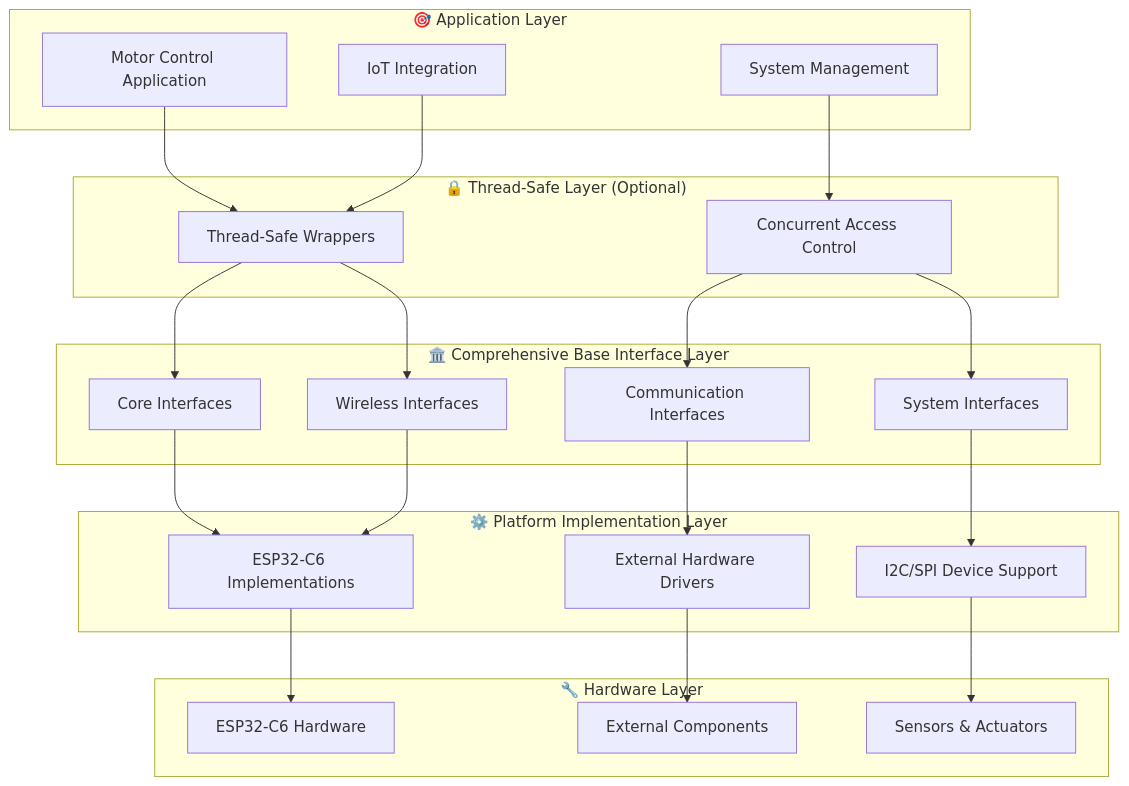
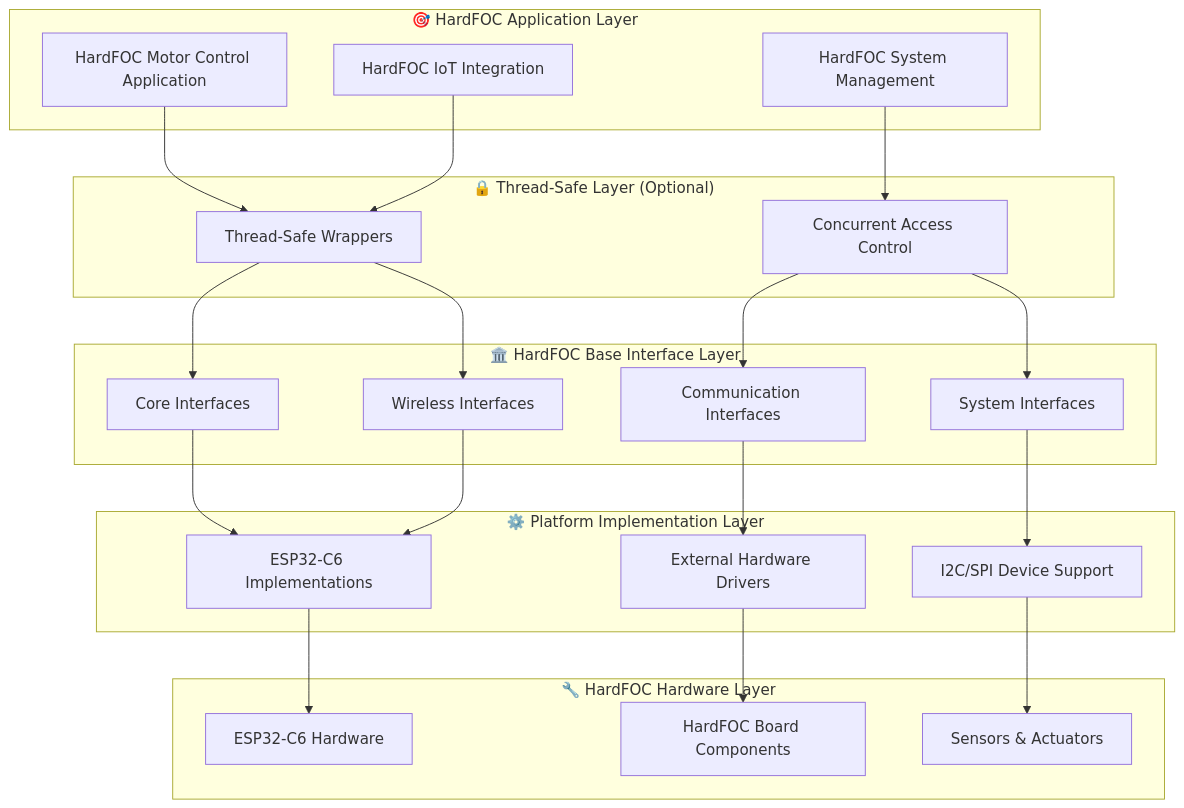
One commit to N3b3x/hf-internal-interface-wrap changed the diagram in README.md. Above: the diagram before and after it, drawn with Mermaid. The commit also changed other lines of this file and 1 other file, not shown here.

Commit message:
Update README and docs to focus on HardFOC motor controller board specifics

````diff
--- a/README.md
+++ b/README.md
@@ -52,50 +52,50 @@
 ```mermaid
 graph TB
-    subgraph "🎯 Application Layer"
-        A[Motor Control Application]
-        B[System Management]
-        C[IoT Integration]
+    subgraph "🎯 HardFOC Application Layer"
+        A[HardFOC Motor Control Application]
+        B[HardFOC System Management]
+        C[HardFOC IoT Integration]
     end
     
     subgraph "🔒 Thread-Safe Layer (Optional)"
         D[Thread-Safe Wrappers]
         E[Concurrent Access Control]
     end
     
-    subgraph "🏛️ Comprehensive Base Interface Layer"
+    subgraph "🏛️ HardFOC Base Interface Layer"
         F[Core Interfaces]
         G[Communication Interfaces] 
         H[Wireless Interfaces]
         I[System Interfaces]
     end
     
     subgraph "⚙️ Platform Implementation Layer"
         J[ESP32-C6 Implementations]
         K[External Hardware Drivers]
         L[I2C/SPI Device Support]
     end
     
-    subgraph "🔧 Hardware Layer"
+    subgraph "🔧 HardFOC Hardware Layer"
         M[ESP32-C6 Hardware]
-        N[External Components]
+        N[HardFOC Board Components]
         O[Sensors & Actuators]
     end
     
     A --> D
     B --> E
     C --> D
     
     D --> F
     E --> G
     D --> H
     E --> I
     
     F --> J
     G --> K
     H --> J
     I --> L
     
     J --> M
     K --> N
     L --> O
 ```
````
